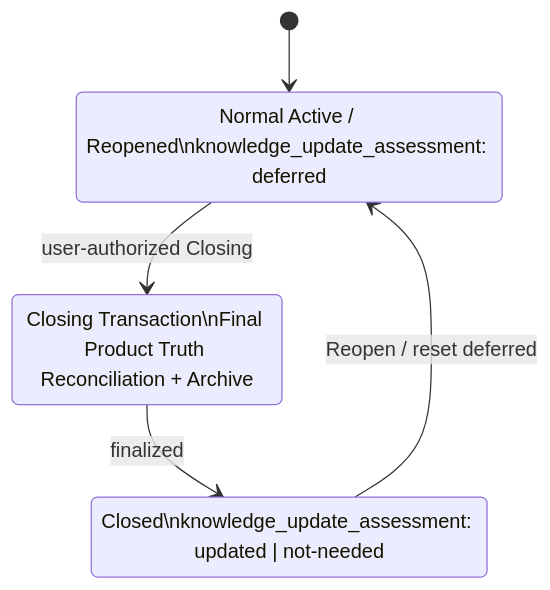
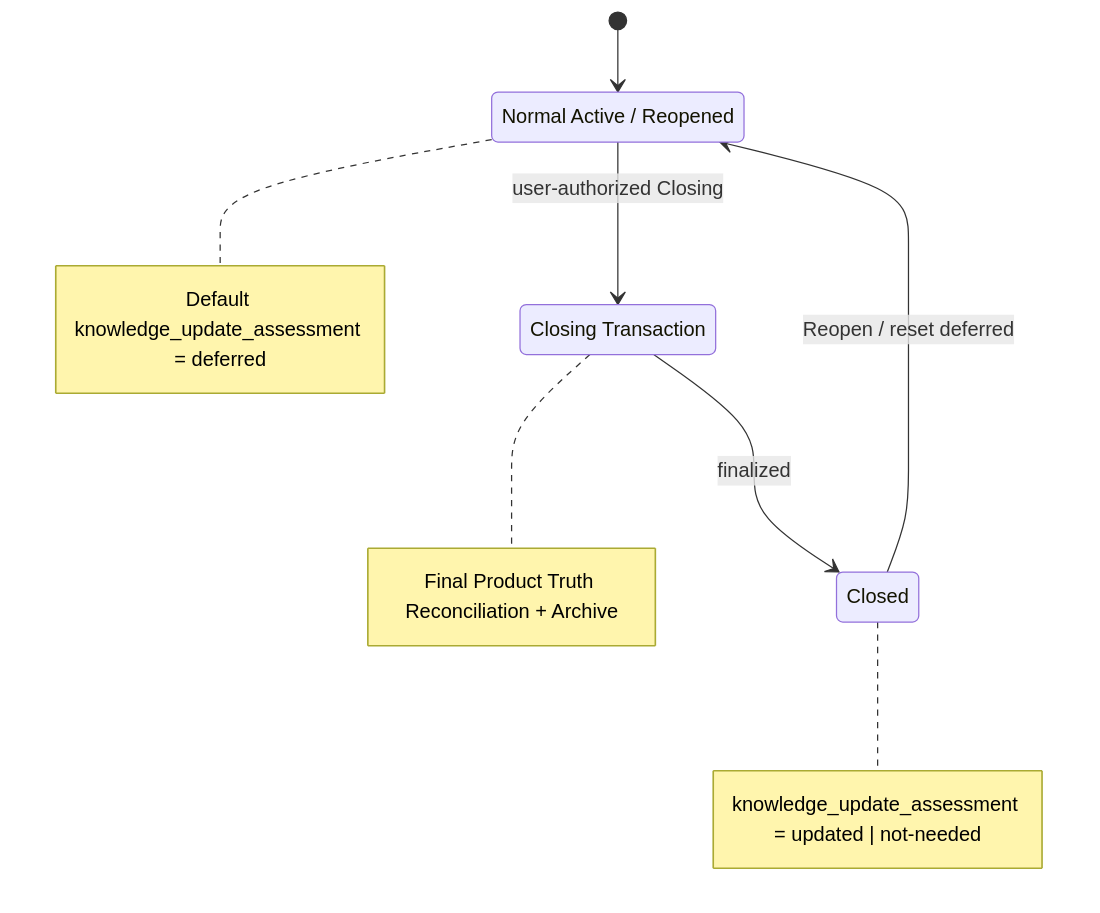
One commit to cnxutu/tu-engineering-workbench changed the second of 2 diagrams in docs/workflows/feature-delivery/README.md. Above: the diagram before and after it, drawn with Mermaid.

Commit message:
feat(流程图): 更新流程图2
1

````diff
--- a/docs/workflows/feature-delivery/README.md
+++ b/docs/workflows/feature-delivery/README.md
@@ -171,10 +171,19 @@
 ```mermaid
 stateDiagram-v2
     [*] --> NORMAL_ACTIVE
-    NORMAL_ACTIVE: Normal Active / Reopened\nknowledge_update_assessment: deferred
-    CLOSING: Closing Transaction\nFinal Product Truth Reconciliation + Archive
-    CLOSED: Closed\nknowledge_update_assessment: updated | not-needed
+    state "Normal Active / Reopened" as NORMAL_ACTIVE
+    state "Closing Transaction" as CLOSING
+    state "Closed" as CLOSED
     NORMAL_ACTIVE --> CLOSING: user-authorized Closing
     CLOSING --> CLOSED: finalized
     CLOSED --> NORMAL_ACTIVE: Reopen / reset deferred
+    note right of NORMAL_ACTIVE
+        Default knowledge_update_assessment = deferred
+    end note
+    note right of CLOSING
+        Final Product Truth Reconciliation + Archive
+    end note
+    note right of CLOSED
+        knowledge_update_assessment = updated | not-needed
+    end note
 ```
````
